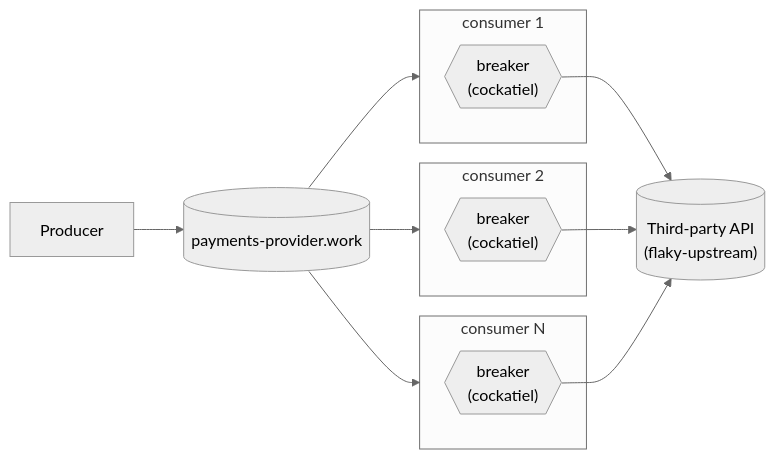
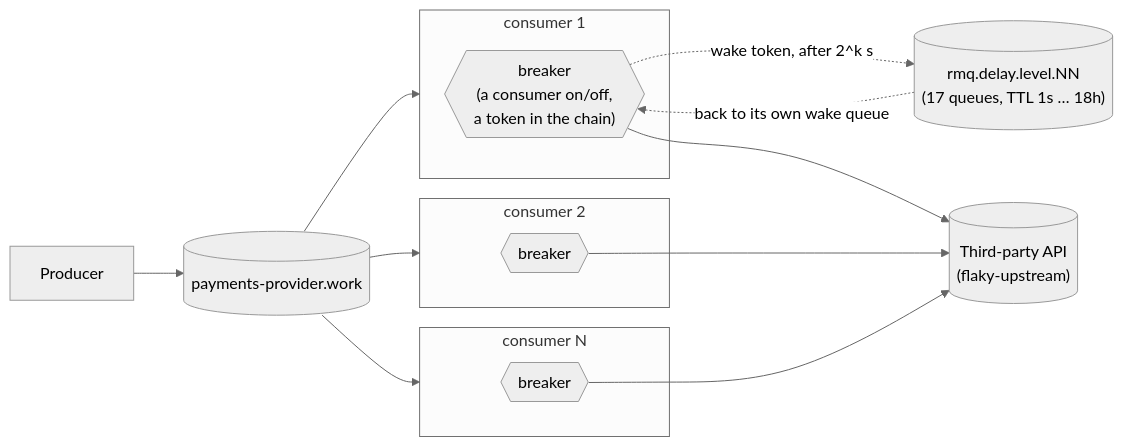
One commit to lsfera/circuit-breaker-unboxing changed the diagram in README.md. Above: the diagram before and after it, drawn with Mermaid (neutral theme). The commit also changed other lines of this file and 28 other files, not shown here.

````diff
--- a/README.md
+++ b/README.md
@@ -10,19 +13,21 @@
 ```mermaid
 flowchart LR
   producer["Producer"] --> queue[("payments-provider.work")]
   subgraph c1["consumer 1"]
-    b1{{"breaker\n(cockatiel)"}}
+    b1{{"breaker\n(a consumer on/off,\na token in the chain)"}}
   end
   subgraph c2["consumer 2"]
-    b2{{"breaker\n(cockatiel)"}}
+    b2{{"breaker"}}
   end
   subgraph c3["consumer N"]
-    b3{{"breaker\n(cockatiel)"}}
+    b3{{"breaker"}}
   end
   queue --> c1
   queue --> c2
   queue --> c3
+  b1 -. "wake token, after 2^k s" .-> chain[("rmq.delay.level.NN\n(17 queues, TTL 1s … 18h)")]
+  chain -. "back to its own wake queue" .-> b1
   b1 --> api[("Third-party API\n(flaky-upstream)")]
   b2 --> api
   b3 --> api
 ```
````
